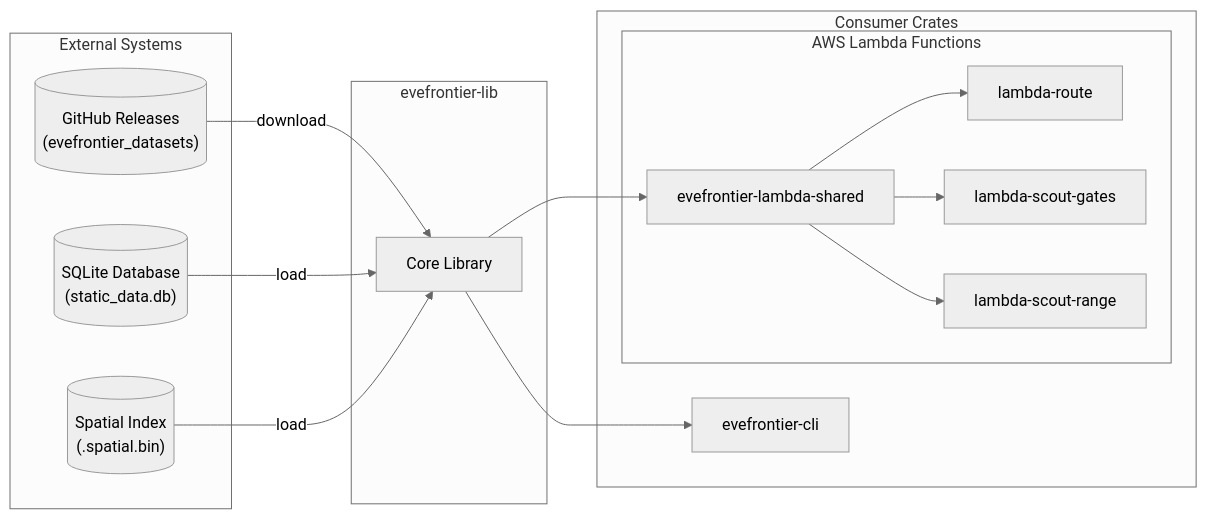
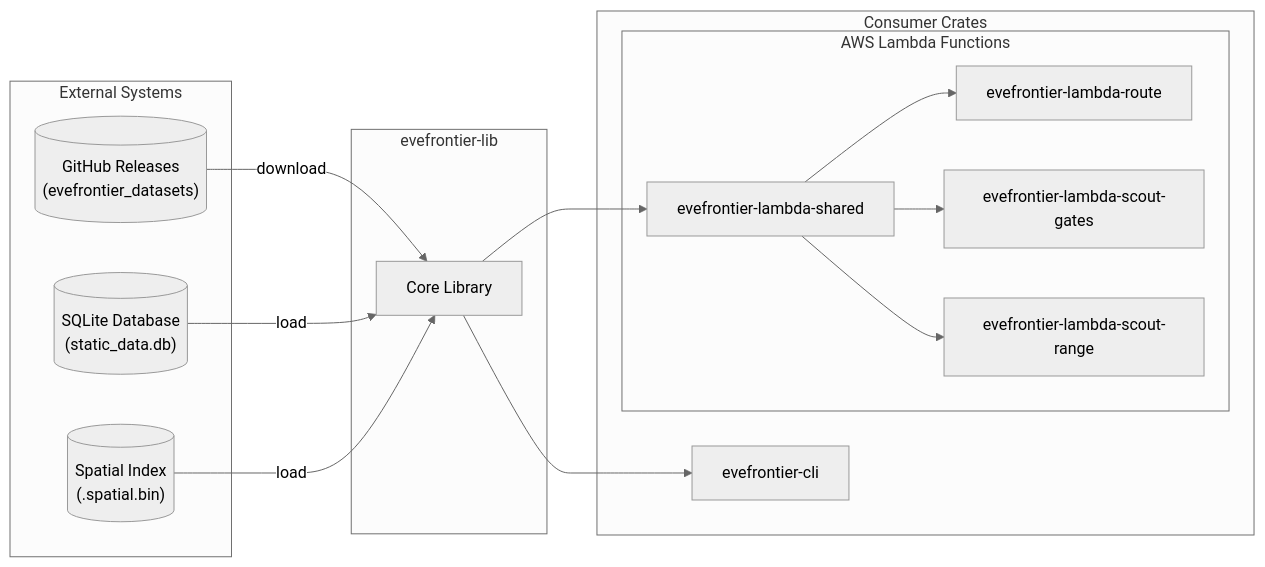
One commit to Scetrov/evefrontier-rs changed the first of 7 diagrams in docs/ARCHITECTURE.md. Above: the diagram before and after it, drawn with Mermaid (neutral theme). The commit also changed other lines of this file and 1 other file, not shown here.

Commit message:
fix: address PR #33 review comments
Addresses review feedback from @copilot-pull-request-reviewer:

- Use full crate names for Lambda function nodes in Component Overview diagram
  (evefrontier-lambda-route instead of lambda-route, etc.)
- Fix spatial.rs exports to match actual public API
  (SpatialIndex::build method, try_load_spatial_index function)
- Clarify copilot-instructions.md header about manual additions
- Update copilot-instructions.md date to 2025-12-29

Note: Date typos (2024→2025) were already fixed in previous commit.

````diff
--- a/docs/ARCHITECTURE.md
+++ b/docs/ARCHITECTURE.md
@@ -32,33 +32,33 @@
 ```mermaid
 graph LR
     subgraph External["External Systems"]
         GH[("GitHub Releases<br/>(evefrontier_datasets)")]
         DB[("SQLite Database<br/>(static_data.db)")]
         IDX[("Spatial Index<br/>(.spatial.bin)")]
     end
 
     subgraph Library["evefrontier-lib"]
         LIB[Core Library]
     end
 
     subgraph Consumers["Consumer Crates"]
         CLI[evefrontier-cli]
 
         subgraph Lambdas["AWS Lambda Functions"]
             SHARED[evefrontier-lambda-shared]
-            ROUTE[lambda-route]
-            GATES[lambda-scout-gates]
-            RANGE[lambda-scout-range]
+            ROUTE[evefrontier-lambda-route]
+            GATES[evefrontier-lambda-scout-gates]
+            RANGE[evefrontier-lambda-scout-range]
         end
     end
 
     GH -->|download| LIB
     DB -->|load| LIB
     IDX -->|load| LIB
 
     LIB --> CLI
     LIB --> SHARED
     SHARED --> ROUTE
     SHARED --> GATES
     SHARED --> RANGE
 ```
````
